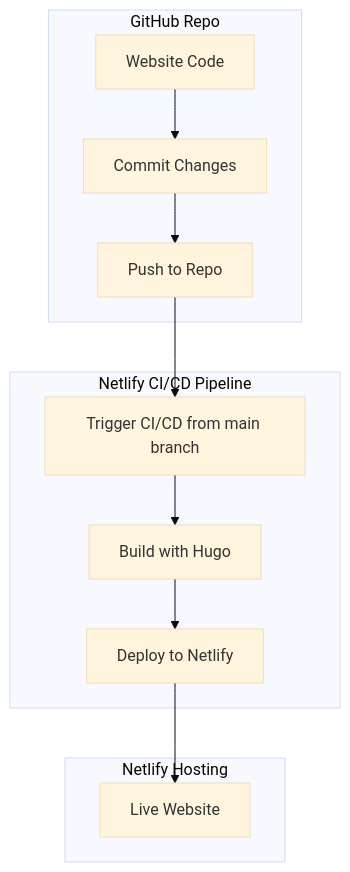
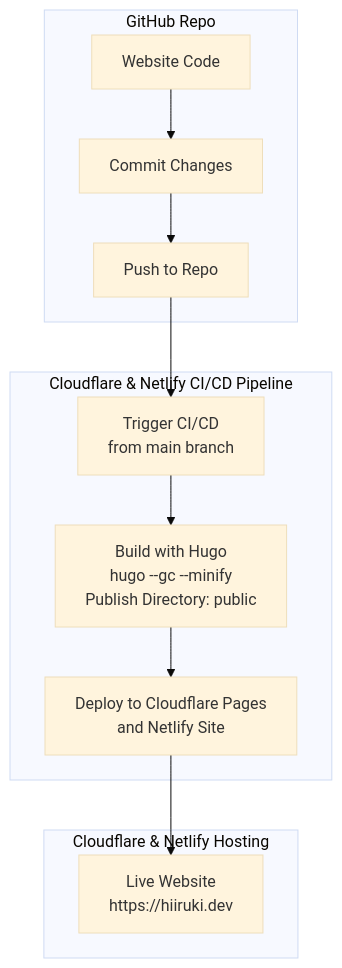
The diagram in README.md (hiiruki/hiiruki.dev), drawn with Mermaid (base theme) before and after one commit. The commit also changed other lines of this file, not shown here.

````diff
--- a/README.md
+++ b/README.md
@@ -26,18 +37,18 @@
 ```mermaid
 graph TD
 
 subgraph GitHub Repo
   A[Website Code] --> B[Commit Changes]
   B --> C[Push to Repo]
 end
 
-subgraph Netlify CI/CD Pipeline
-  C --> D[Trigger CI/CD from main branch]
-  D --> E[Build with Hugo]
-  E --> F[Deploy to Netlify]
+subgraph Cloudflare & Netlify CI/CD Pipeline
+  C --> D[Trigger CI/CD<br>from main branch]
+  D --> E[Build with Hugo<br>hugo --gc --minify<br>Publish Directory: public]
+  E --> F[Deploy to Cloudflare Pages<br>and Netlify Site]
 end
 
-subgraph Netlify Hosting
-  F --> G[Live Website]
+subgraph Cloudflare & Netlify Hosting
+  F --> G[Live Website<br>https://hiiruki.dev]
 end
 ```
````
